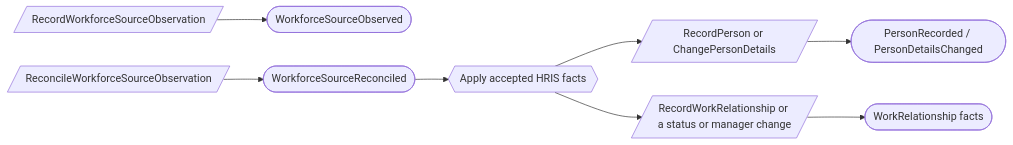
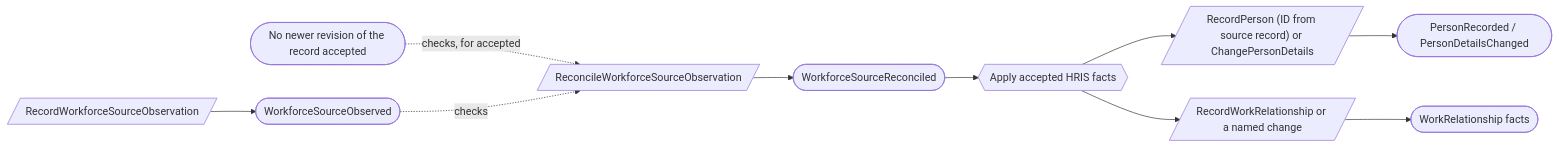
Before and after one commit to bdgrz/compliance-core: the second of 3 diagrams in docs/proposed/contexts/workforce-assurance.md, drawn with Mermaid. The commit also changed other lines of this file and 310 other files, not shown here.

````diff
--- a/docs/proposed/contexts/workforce-assurance.md
+++ b/docs/proposed/contexts/workforce-assurance.md
@@ -188,8 +193,9 @@
 ```mermaid
 flowchart LR
     C1[/RecordWorkforceSourceObservation/] --> E1([WorkforceSourceObserved])
-    C2[/ReconcileWorkforceSourceObservation/] --> E2([WorkforceSourceReconciled])
+    N([No newer revision of the record accepted]) -. "checks, for accepted" .-> C2
+    E1 -. checks .-> C2[/ReconcileWorkforceSourceObservation/] --> E2([WorkforceSourceReconciled])
     E2 --> R1{{Apply accepted HRIS facts}}
-    R1 --> C3[/RecordPerson or ChangePersonDetails/] --> E3([PersonRecorded / PersonDetailsChanged])
-    R1 --> C4[/RecordWorkRelationship or a status or manager change/] --> E4([WorkRelationship facts])
+    R1 --> C3[/"RecordPerson (ID from source record) or ChangePersonDetails"/] --> E3([PersonRecorded / PersonDetailsChanged])
+    R1 --> C4[/RecordWorkRelationship or a named change/] --> E4([WorkRelationship facts])
 ```
````
